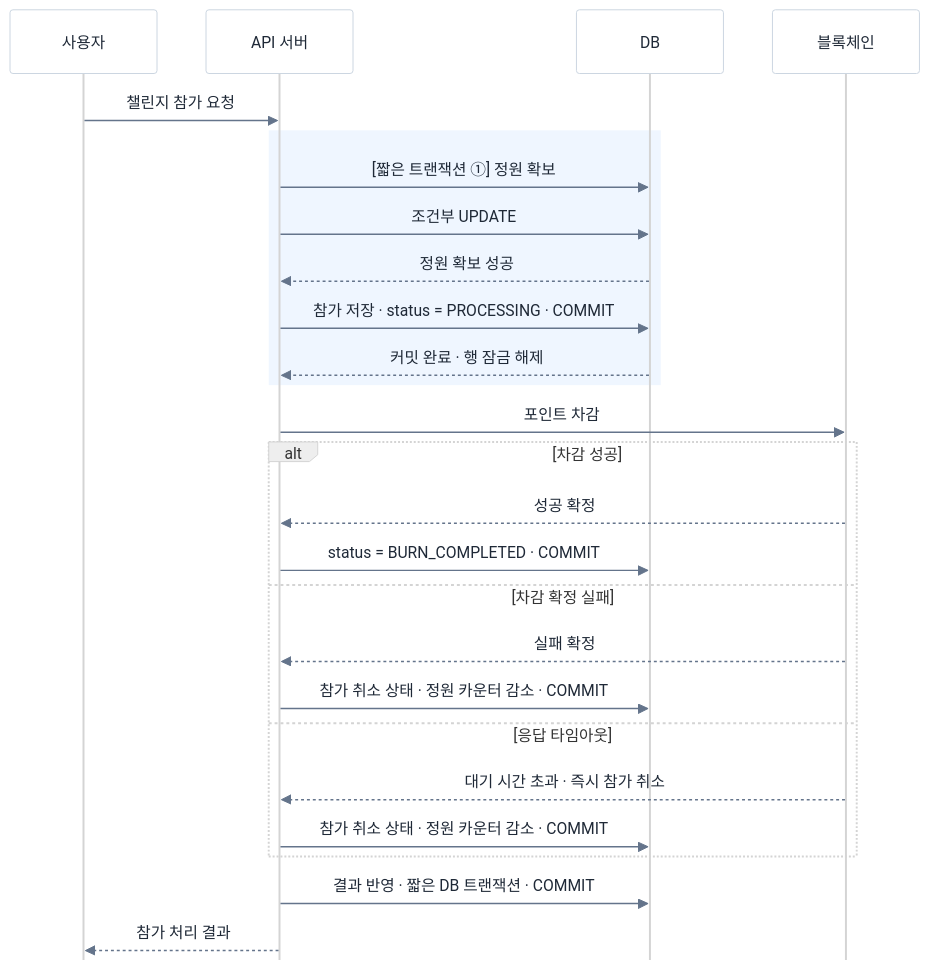
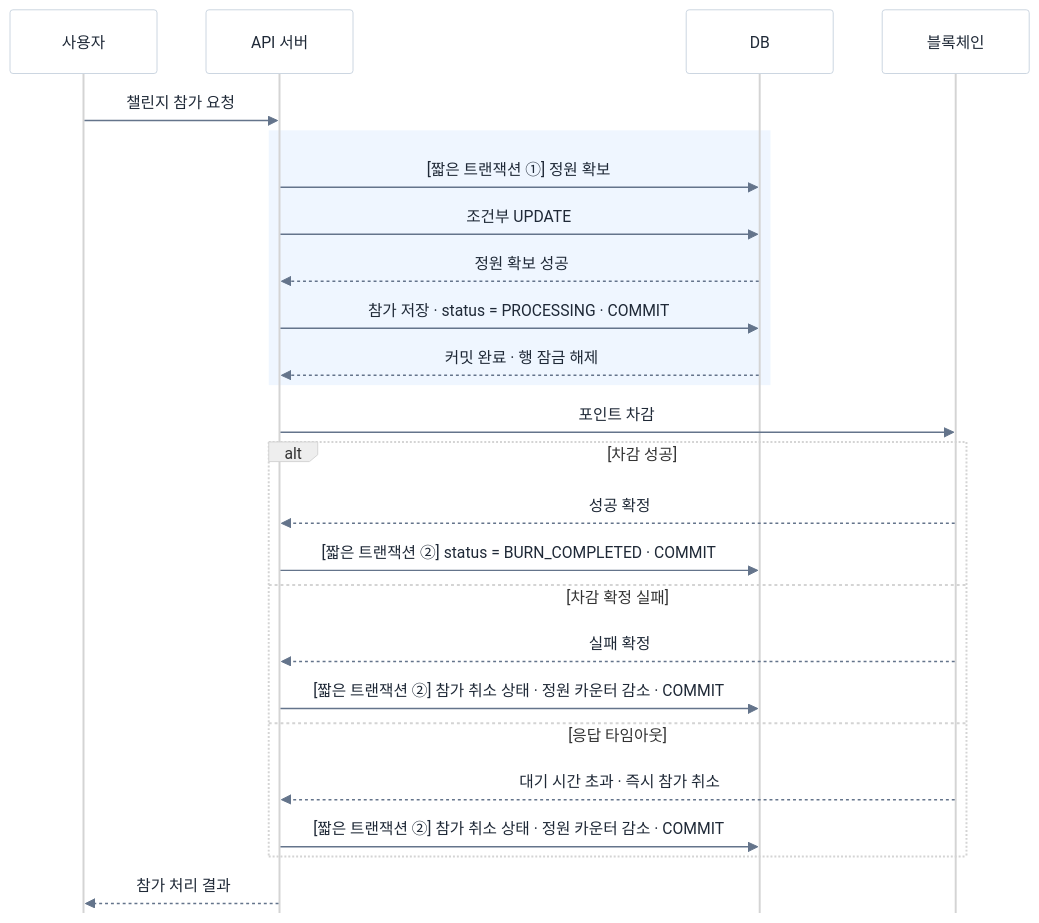
Before and after one commit to ahncho8880/ahncho8880.github.io: the diagram in assets/diagrams/source/diagram-09.mmd, drawn with Mermaid. The commit also changed 4 other files, not shown here.

```diff
--- a/assets/diagrams/source/diagram-09.mmd
+++ b/assets/diagrams/source/diagram-09.mmd
@@ -1,29 +1,28 @@
 %%{init: {"theme":"neutral","themeVariables":{"actorBkg":"#FFFFFF","actorBorder":"#CBD5E1","actorTextColor":"#1F2937","signalColor":"#64748B","signalTextColor":"#1F2937","noteBkgColor":"#FFFFFF","noteBorderColor":"#CBD5E1"},"sequence":{"mirrorActors":false}}}%%
 sequenceDiagram
     participant U as 사용자
     participant A as API 서버
     participant D as DB
     participant B as 블록체인
 
     U->>A: 챌린지 참가 요청
     rect rgb(239, 246, 255)
         A->>D: [짧은 트랜잭션 ①] 정원 확보
         A->>D: 조건부 UPDATE
         D-->>A: 정원 확보 성공
         A->>D: 참가 저장 · status = PROCESSING · COMMIT
         D-->>A: 커밋 완료 · 행 잠금 해제
     end
 
     A->>B: 포인트 차감
     alt 차감 성공
         B-->>A: 성공 확정
-        A->>D: status = BURN_COMPLETED · COMMIT
+        A->>D: [짧은 트랜잭션 ②] status = BURN_COMPLETED · COMMIT
     else 차감 확정 실패
         B-->>A: 실패 확정
-        A->>D: 참가 취소 상태 · 정원 카운터 감소 · COMMIT
+        A->>D: [짧은 트랜잭션 ②] 참가 취소 상태 · 정원 카운터 감소 · COMMIT
     else 응답 타임아웃
         B-->>A: 대기 시간 초과 · 즉시 참가 취소
-        A->>D: 참가 취소 상태 · 정원 카운터 감소 · COMMIT
+        A->>D: [짧은 트랜잭션 ②] 참가 취소 상태 · 정원 카운터 감소 · COMMIT
     end
-    A->>D: 결과 반영 · 짧은 DB 트랜잭션 · COMMIT
     A-->>U: 참가 처리 결과
```
